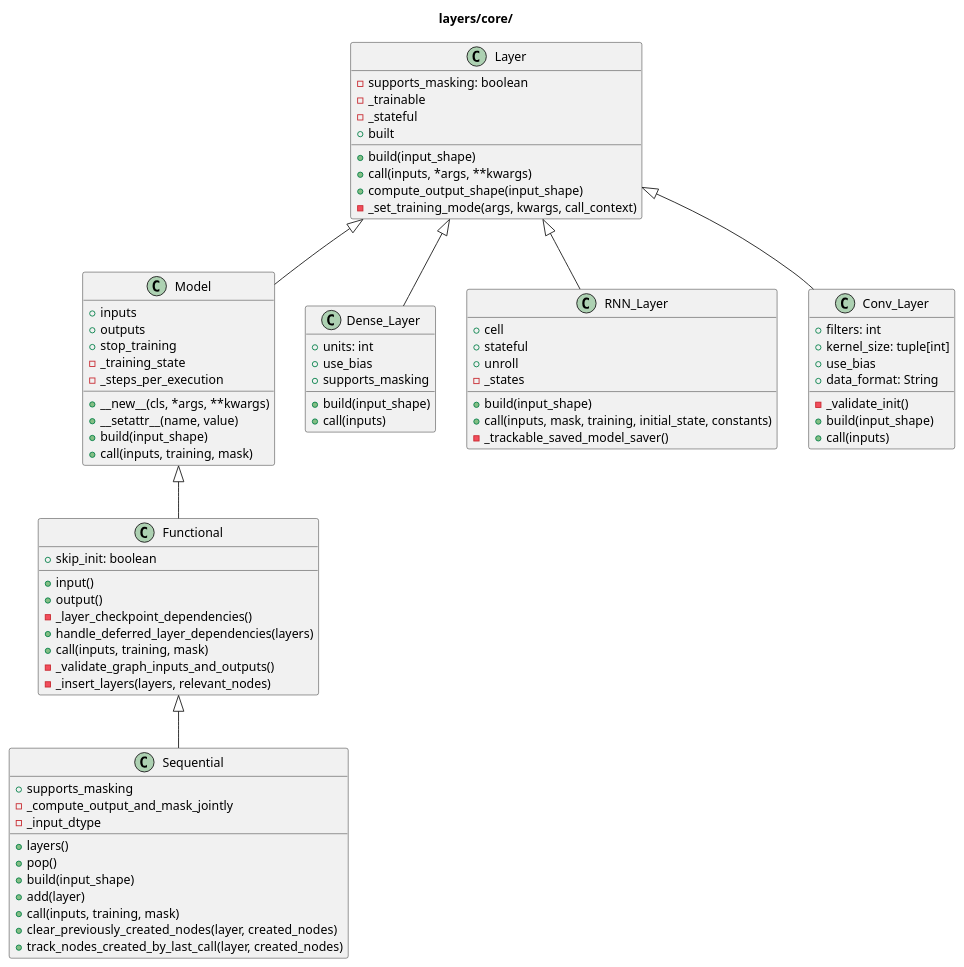
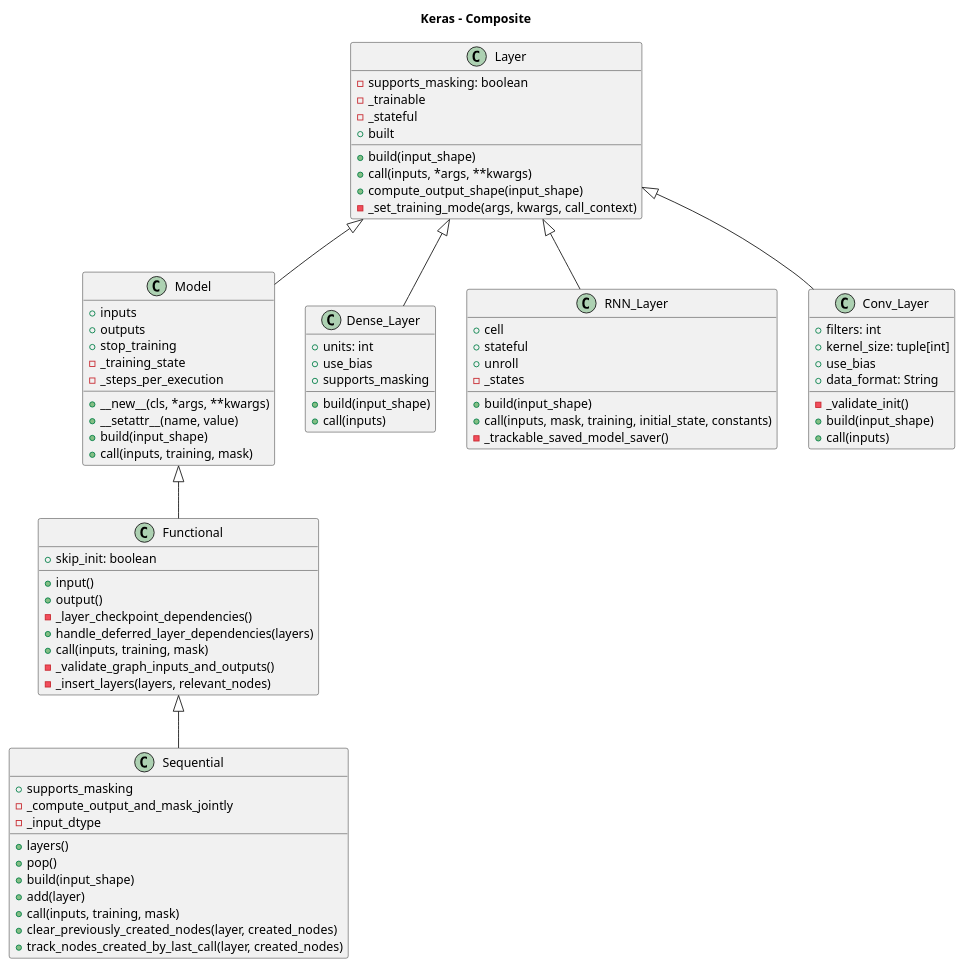
One commit to pholpaphankorn/keras_softarch_assignment changed the diagram in uml_diagram/src/keras_Composite.puml. Above: the diagram before and after it, drawn with PlantUML. The commit also changed 3 other files, not shown here.

```diff
--- a/uml_diagram/src/keras_Composite.puml
+++ b/uml_diagram/src/keras_Composite.puml
@@ -1,85 +1,85 @@
 @startuml
 
-title layers/core/
+title Keras - Composite
 
 class Layer {
     +build(input_shape)
     +call(inputs, *args, **kwargs)
     +compute_output_shape(input_shape)
     -_set_training_mode(args, kwargs, call_context)
     -supports_masking: boolean
     -_trainable
     -_stateful
     +built
 } 
 
 class Model extends Layer{
     +__new__(cls, *args, **kwargs)
     +__setattr__(name, value)
     +build(input_shape)
     +call(inputs, training, mask)
     +inputs
     +outputs
     +stop_training
     -_training_state
     -_steps_per_execution
 }
 
 class Dense_Layer extends Layer {
     +build(input_shape)
     +call(inputs)
     +units: int
     +use_bias
     +supports_masking
 }
 
 class RNN_Layer extends Layer {
     +build(input_shape)
     +call(inputs, mask, training, initial_state, constants)
     -_trackable_saved_model_saver()
     +cell
     +stateful
     +unroll
     -_states
 }
 
 class Conv_Layer extends Layer {
     -_validate_init()
     +build(input_shape)
     +call(inputs)
     +filters: int
     +kernel_size: tuple[int]
     +use_bias
     +data_format: String
 }
 
 class Functional extends Model {
     +input()
     +output()
     -_layer_checkpoint_dependencies()
     +handle_deferred_layer_dependencies(layers)
     +call(inputs, training, mask)
     -_validate_graph_inputs_and_outputs()
     -_insert_layers(layers, relevant_nodes)
     +skip_init: boolean
 }
 
 class Sequential extends Functional {
     +layers()
     +pop()
     +build(input_shape)
     +add(layer)
     +call(inputs, training, mask)
     +clear_previously_created_nodes(layer, created_nodes)
     +track_nodes_created_by_last_call(layer, created_nodes)
     +supports_masking
     -_compute_output_and_mask_jointly
     -_input_dtype
 }
 
 
 
 
 
 
 @enduml
```
